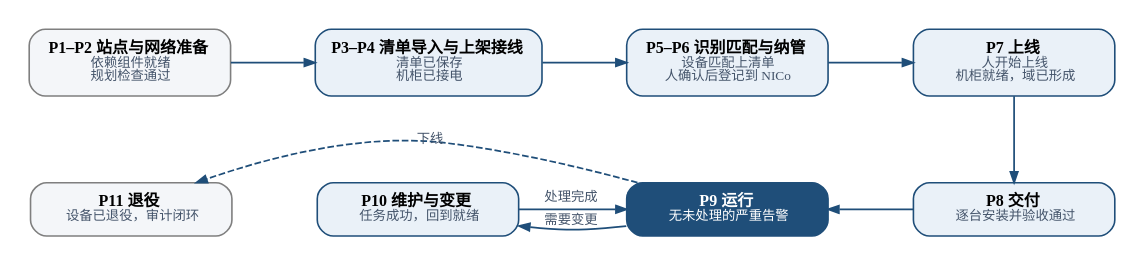
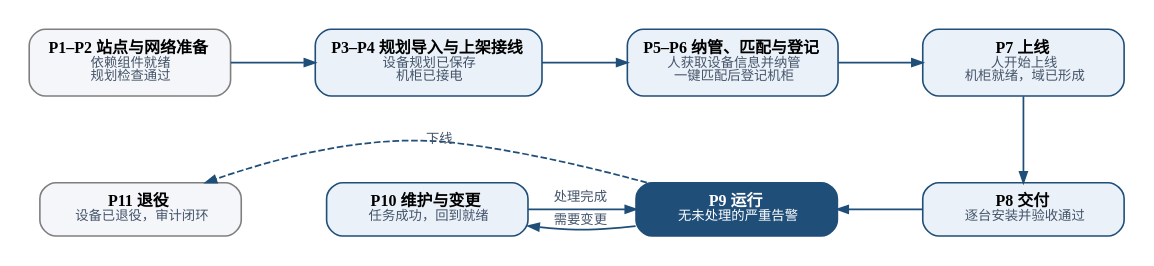
Before and after one commit to DaoCloud/PXEye: the diagram in docs/design/figures/workflow.dot, drawn with Graphviz. The commit also changed 31 other files, not shown here.

```diff
--- a/docs/design/figures/workflow.dot
+++ b/docs/design/figures/workflow.dot
@@ -1,18 +1,18 @@
 digraph G {
   graph [rankdir=TB, fontname="PingFang SC", nodesep=0.45, ranksep=0.75, bgcolor="white", pad=0.2];
   node  [shape=box, style="rounded,filled", fontname="PingFang SC", fontsize=12, color="#1F4E79", fillcolor="#EAF1F8", penwidth=1.2, margin="0.16,0.12", width=2.1];
   edge  [fontname="PingFang SC", fontsize=10, color="#1F4E79", fontcolor="#44546A", arrowsize=0.8, penwidth=1.3];
   s0 [fillcolor="#F4F6F9", color="#7F7F7F", label=<<b>P1–P2 站点与网络准备</b><br/><font point-size="10" color="#44546A">依赖组件就绪<br/>规划检查通过</font>>];
-  s1 [label=<<b>P3–P4 清单导入与上架接线</b><br/><font point-size="10" color="#44546A">清单已保存<br/>机柜已接电</font>>];
-  s2 [label=<<b>P5–P6 识别匹配与纳管</b><br/><font point-size="10" color="#44546A">设备匹配上清单<br/>人确认后登记到 NICo</font>>];
+  s1 [label=<<b>P3–P4 规划导入与上架接线</b><br/><font point-size="10" color="#44546A">设备规划已保存<br/>机柜已接电</font>>];
+  s2 [label=<<b>P5–P6 纳管、匹配与登记</b><br/><font point-size="10" color="#44546A">人获取设备信息并纳管<br/>一键匹配后登记机柜</font>>];
   s3 [label=<<b>P7 上线</b><br/><font point-size="10" color="#44546A">人开始上线<br/>机柜就绪，域已形成</font>>];
   s4 [label=<<b>P8 交付</b><br/><font point-size="10" color="#44546A">逐台安装并验收通过</font>>];
   s5 [fillcolor="#1F4E79", fontcolor="white", label=<<b>P9 运行</b><br/><font point-size="10">无未处理的严重告警</font>>];
   s6 [label=<<b>P10 维护与变更</b><br/><font point-size="10" color="#44546A">任务成功，回到就绪</font>>];
   s7 [fillcolor="#F4F6F9", color="#7F7F7F", label=<<b>P11 退役</b><br/><font point-size="10" color="#44546A">设备已退役，审计闭环</font>>];
   {rank=same; s0 -> s1 -> s2 -> s3}
   s3 -> s4;
   {rank=same; s7 -> s6 [style=invis]; s6 -> s5 [label="  处理完成  "]; s5 -> s4 [dir=back]}
   s5 -> s6 [label="  需要变更  ", constraint=false];
   s5 -> s7 [constraint=false, style=dashed, label="下线"];
 }
```
